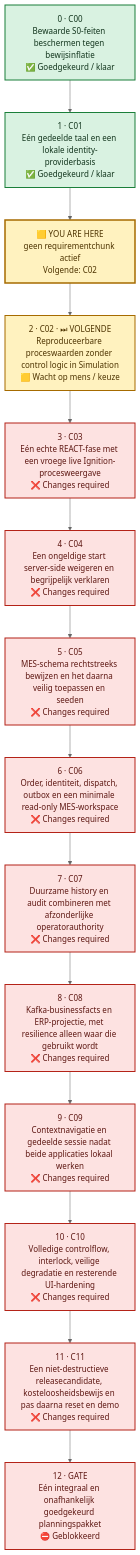
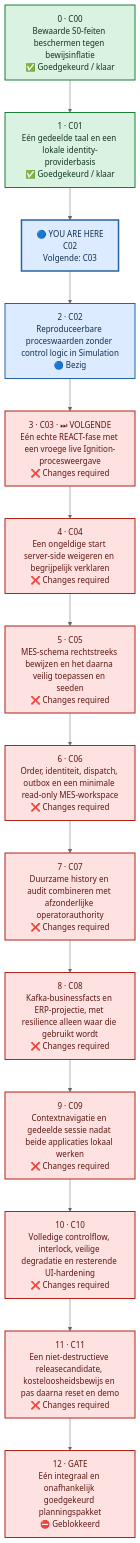
The second of 2 diagrams in README.md (Jandesch91/n1-bioforge-requirements-cockpit), drawn with Mermaid (neutral theme) before and after one commit. The commit also changed other lines of this file and 4 other files, not shown here.

````diff
--- a/README.md
+++ b/README.md
@@ -50,41 +50,41 @@
 ```mermaid
 %%{init: {"flowchart": {"curve": "linear", "nodeSpacing": 55, "rankSpacing": 65, "htmlLabels": true}}}%%
 flowchart TB
     %% One vertical lane: order is explicit and no dependency arrows cross.
     chunk_0["0 · C00<br/>Bewaarde S0-feiten beschermen tegen bewijsinflatie<br/>✅ Goedgekeurd / klaar"]
     chunk_1["1 · C01<br/>Eén gedeelde taal en een lokale identity-providerbasis<br/>✅ Goedgekeurd / klaar"]
-    chunk_2["2 · C02 · ⏭ VOLGENDE<br/>Reproduceerbare proceswaarden zonder control logic in Simulation<br/>🟨 Wacht op mens / keuze"]
-    chunk_3["3 · C03<br/>Eén echte REACT-fase met een vroege live Ignition-procesweergave<br/>❌ Changes required"]
+    chunk_2["2 · C02<br/>Reproduceerbare proceswaarden zonder control logic in Simulation<br/>🔵 Bezig"]
+    chunk_3["3 · C03 · ⏭ VOLGENDE<br/>Eén echte REACT-fase met een vroege live Ignition-procesweergave<br/>❌ Changes required"]
     chunk_4["4 · C04<br/>Een ongeldige start server-side weigeren en begrijpelijk verklaren<br/>❌ Changes required"]
     chunk_5["5 · C05<br/>MES-schema rechtstreeks bewijzen en het daarna veilig toepassen en seeden<br/>❌ Changes required"]
     chunk_6["6 · C06<br/>Order, identiteit, dispatch, outbox en een minimale read-only MES-workspace<br/>❌ Changes required"]
     chunk_7["7 · C07<br/>Duurzame history en audit combineren met afzonderlijke operatorauthority<br/>❌ Changes required"]
     chunk_8["8 · C08<br/>Kafka-businessfacts en ERP-projectie, met resilience alleen waar die gebruikt wordt<br/>❌ Changes required"]
     chunk_9["9 · C09<br/>Contextnavigatie en gedeelde sessie nadat beide applicaties lokaal werken<br/>❌ Changes required"]
     chunk_10["10 · C10<br/>Volledige controlflow, interlock, veilige degradatie en resterende UI-hardening<br/>❌ Changes required"]
     chunk_11["11 · C11<br/>Een niet-destructieve releasecandidate, kosteloosheidsbewijs en pas daarna reset en demo<br/>❌ Changes required"]
     chunk_12["12 · GATE<br/>Eén integraal en onafhankelijk goedgekeurd planningspakket<br/>⛔ Geblokkeerd"]
-    current_marker["🟨 YOU ARE HERE<br/>geen requirementchunk actief<br/>Volgende: C02"]
+    current_marker["🔵 YOU ARE HERE<br/>C02<br/>Volgende: C03"]
     chunk_0 --> chunk_1 --> current_marker --> chunk_2 --> chunk_3 --> chunk_4 --> chunk_5 --> chunk_6 --> chunk_7 --> chunk_8 --> chunk_9 --> chunk_10 --> chunk_11 --> chunk_12
     classDef approved fill:#D9F2E1,stroke:#1B7F3A,color:#12351D,stroke-width:2px
     classDef inprogress fill:#DCEBFF,stroke:#2463A6,color:#12304F,stroke-width:2px
     classDef human fill:#FFF2BF,stroke:#A66B00,color:#4D3300,stroke-width:2px
     classDef changes fill:#FDE2E1,stroke:#B42318,color:#5D1712,stroke-width:2px
     classDef blocked fill:#FDE2E1,stroke:#B42318,color:#5D1712,stroke-width:2px
     classDef notstarted fill:#F2F4F7,stroke:#667085,color:#344054,stroke-width:2px
-    classDef current fill:#FFF2BF,stroke:#A66B00,color:#4D3300,stroke-width:3px
+    classDef current fill:#DCEBFF,stroke:#2463A6,color:#12304F,stroke-width:3px
     class chunk_0 approved
     class chunk_1 approved
-    class chunk_2 human
+    class chunk_2 inprogress
     class chunk_3 changes
     class chunk_4 changes
     class chunk_5 changes
     class chunk_6 changes
     class chunk_7 changes
     class chunk_8 changes
     class chunk_9 changes
     class chunk_10 changes
     class chunk_11 changes
     class chunk_12 blocked
     class current_marker current
 ```
````
